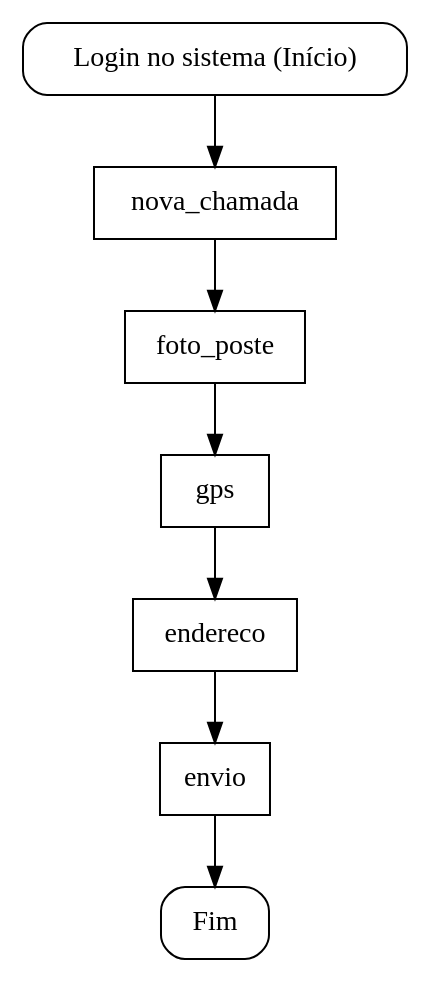
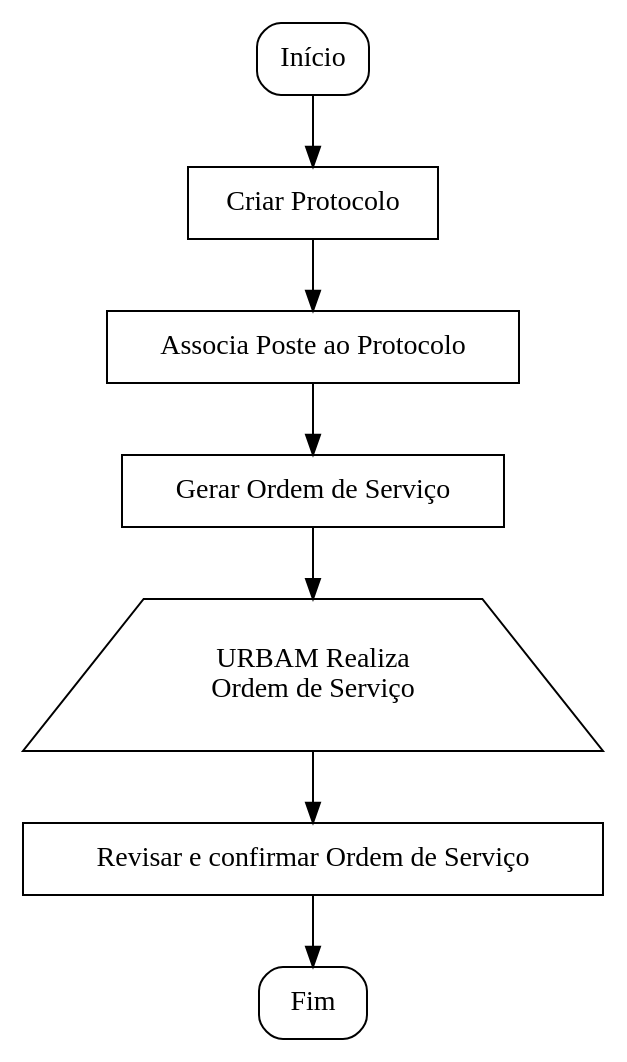
The diagram in tex/fluxo_site_sec.dot (CidadeIluminada/TCCCidadeIluminadaDoc), drawn with Graphviz before and after one commit. The commit also changed 3 other files, not shown here.

```diff
--- a/tex/fluxo_site_sec.dot
+++ b/tex/fluxo_site_sec.dot
@@ -1,15 +1,22 @@
 // apt-get install graphviz
 //$ cat mer.dot | dot -Tsvg > mer.svg
 //$ cat mer.dot | dot -Tjpg > mer.jpg
 digraph {
     node[shape="box", style="rounded"]
        start; end;
     node[shape="rectangle", style=""]
-        nova_chamada; foto_poste; gps; endereco; envio;
+        criar_protocolo; associa_poste; gerar_os; revisar_os;
+    node[shape="trapezium"]
+         urbam_realiza_os;
 
-    start[label="Login no sistema (Início)"]
-    end[label="Fim"]
+    start[label="Início"];
+    end[label="Fim"];
+    criar_protocolo[label="Criar Protocolo"];
+    associa_poste[label="Associa Poste ao Protocolo"];
+    gerar_os[label="Gerar Ordem de Serviço"];
+    urbam_realiza_os[label="URBAM Realiza \nOrdem de Serviço"];
+    revisar_os[label="Revisar e confirmar Ordem de Serviço"];
 
-    start -> nova_chamada -> foto_poste -> gps -> endereco -> envio -> end;
-
+    start -> criar_protocolo -> associa_poste -> gerar_os -> urbam_realiza_os;
+    urbam_realiza_os -> revisar_os -> end;
 }
```
